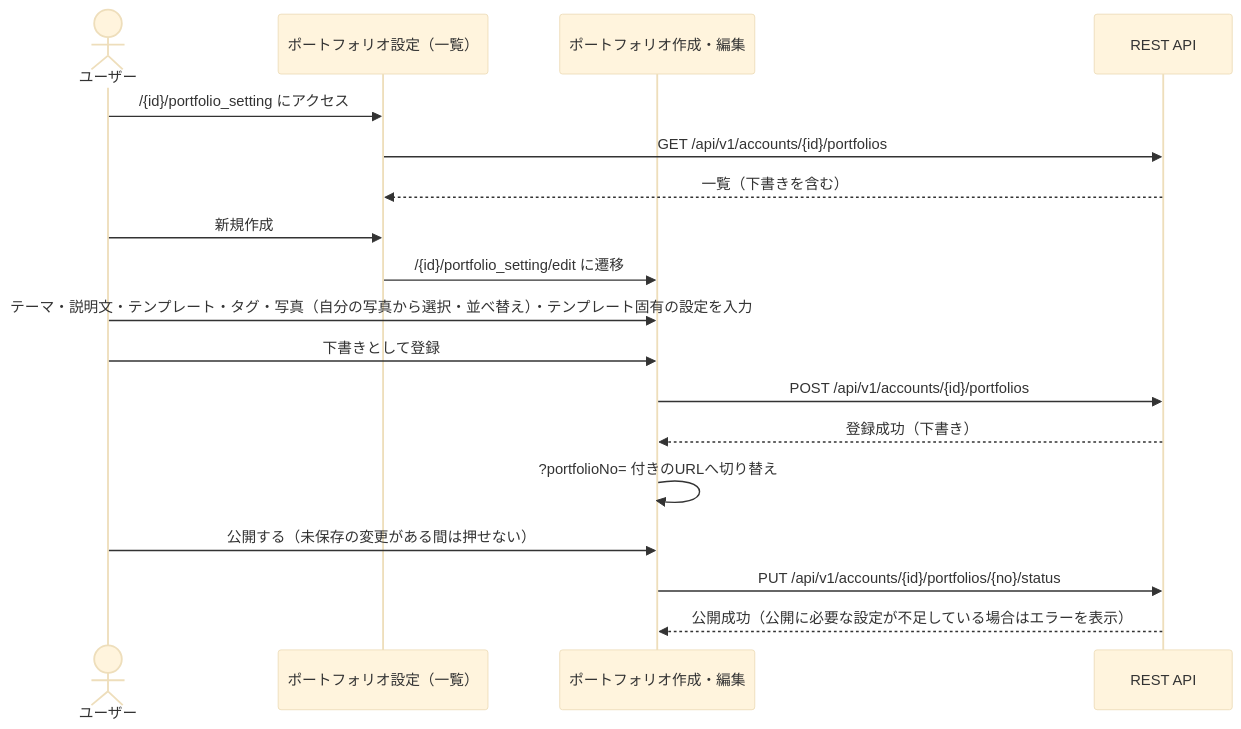
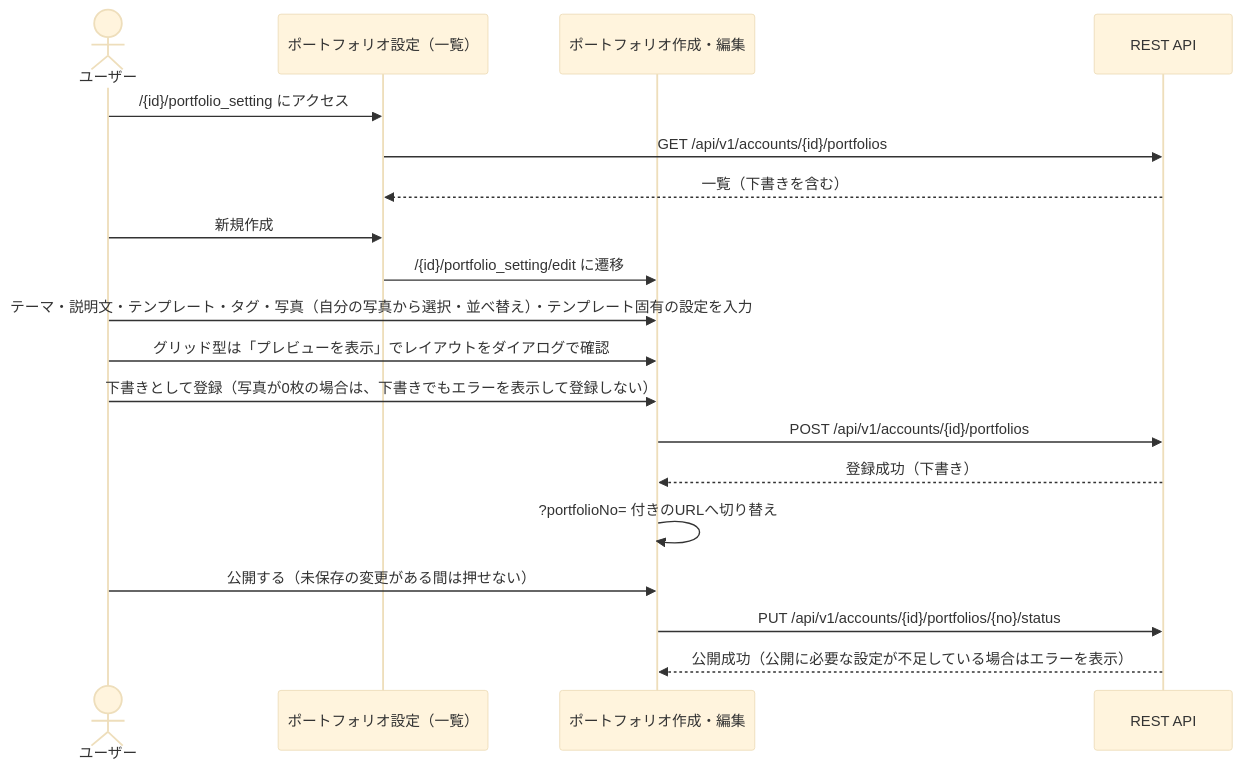
The fifth of 10 diagrams in doc/view/screen-transition.md (KentoKodama214/WebGallery), drawn with Mermaid (base theme) before and after one commit. The commit also changed other lines of this file and 7 other files, not shown here.

````diff
--- a/doc/view/screen-transition.md
+++ b/doc/view/screen-transition.md
@@ -209,21 +209,22 @@
 ```mermaid
 sequenceDiagram
     actor User as ユーザー
     participant List as ポートフォリオ設定（一覧）
     participant Edit as ポートフォリオ作成・編集
     participant API as REST API
 
     User->>List: /{id}/portfolio_setting にアクセス
     List->>API: GET /api/v1/accounts/{id}/portfolios
     API-->>List: 一覧（下書きを含む）
     User->>List: 新規作成
     List->>Edit: /{id}/portfolio_setting/edit に遷移
     User->>Edit: テーマ・説明文・テンプレート・タグ・写真（自分の写真から選択・並べ替え）・テンプレート固有の設定を入力
-    User->>Edit: 下書きとして登録
+    User->>Edit: グリッド型は「プレビューを表示」でレイアウトをダイアログで確認
+    User->>Edit: 下書きとして登録（写真が0枚の場合は、下書きでもエラーを表示して登録しない）
     Edit->>API: POST /api/v1/accounts/{id}/portfolios
     API-->>Edit: 登録成功（下書き）
     Edit->>Edit: ?portfolioNo= 付きのURLへ切り替え
     User->>Edit: 公開する（未保存の変更がある間は押せない）
     Edit->>API: PUT /api/v1/accounts/{id}/portfolios/{no}/status
     API-->>Edit: 公開成功（公開に必要な設定が不足している場合はエラーを表示）
 ```
````
